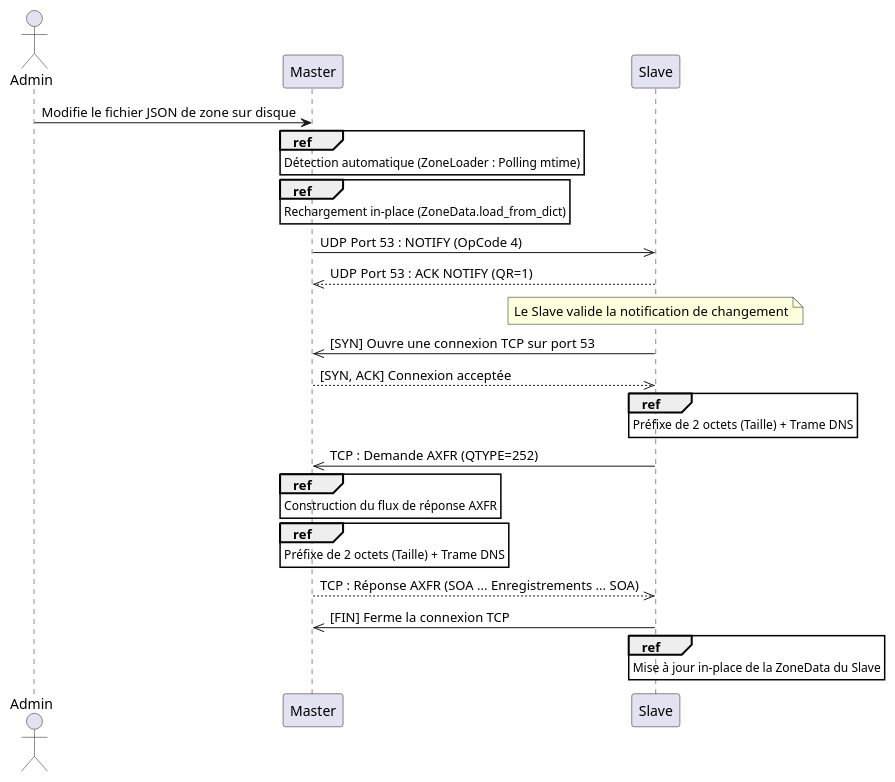
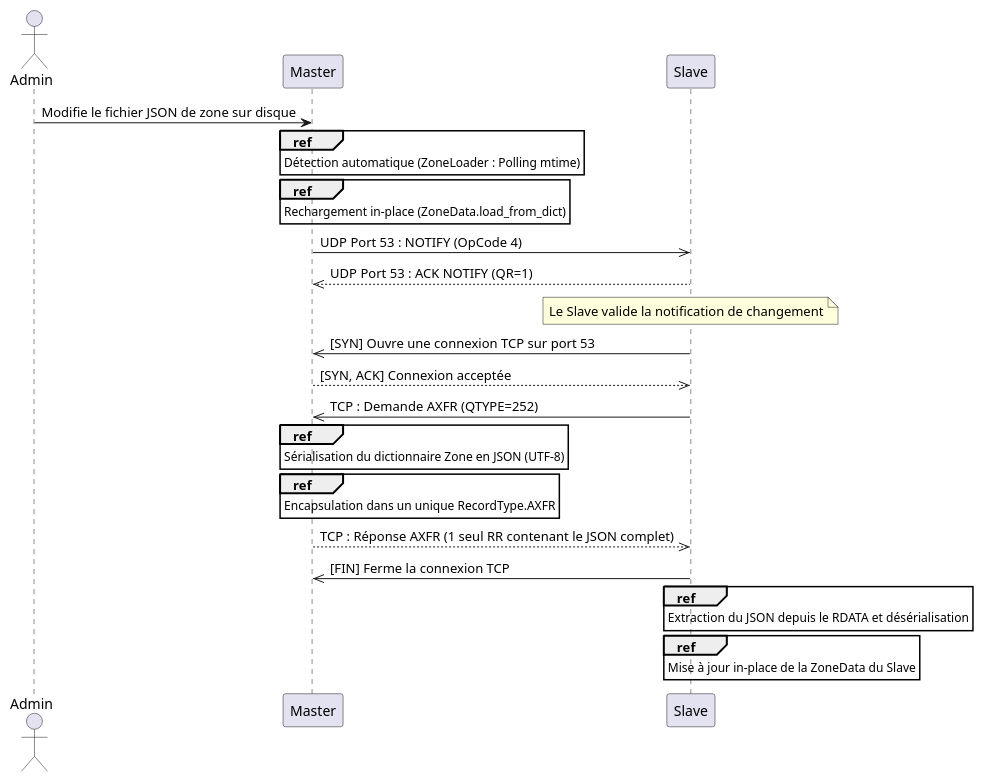
One commit to StSvedar/padr-DNS changed the diagram in doc/schemas/sequence_AXFR.plantuml. Above: the diagram before and after it, drawn with PlantUML. The commit also changed 13 other files, not shown here.

```diff
--- a/doc/schemas/sequence_AXFR.plantuml
+++ b/doc/schemas/sequence_AXFR.plantuml
@@ -1,27 +1,27 @@
 @startuml
 actor Admin
 participant Master
 participant Slave
 
 Admin -> Master: Modifie le fichier JSON de zone sur disque
 ref over Master: Détection automatique (ZoneLoader : Polling mtime)
 ref over Master: Rechargement in-place (ZoneData.load_from_dict)
 
 Master ->> Slave: UDP Port 53 : NOTIFY (OpCode 4)
 Slave -->> Master: UDP Port 53 : ACK NOTIFY (QR=1)
 
 Note over Slave: Le Slave valide la notification de changement
 
 Slave ->> Master: [SYN] Ouvre une connexion TCP sur port 53
 Master -->> Slave: [SYN, ACK] Connexion acceptée
 
-ref over Slave: Préfixe de 2 octets (Taille) + Trame DNS
 Slave ->> Master: TCP : Demande AXFR (QTYPE=252)
 
-ref over Master: Construction du flux de réponse AXFR
-ref over Master: Préfixe de 2 octets (Taille) + Trame DNS
-Master -->> Slave: TCP : Réponse AXFR (SOA ... Enregistrements ... SOA)
+ref over Master: Sérialisation du dictionnaire Zone en JSON (UTF-8)
+ref over Master: Encapsulation dans un unique RecordType.AXFR
+Master -->> Slave: TCP : Réponse AXFR (1 seul RR contenant le JSON complet)
 
 Slave ->> Master: [FIN] Ferme la connexion TCP
+ref over Slave: Extraction du JSON depuis le RDATA et désérialisation
 ref over Slave: Mise à jour in-place de la ZoneData du Slave
 @enduml
```
